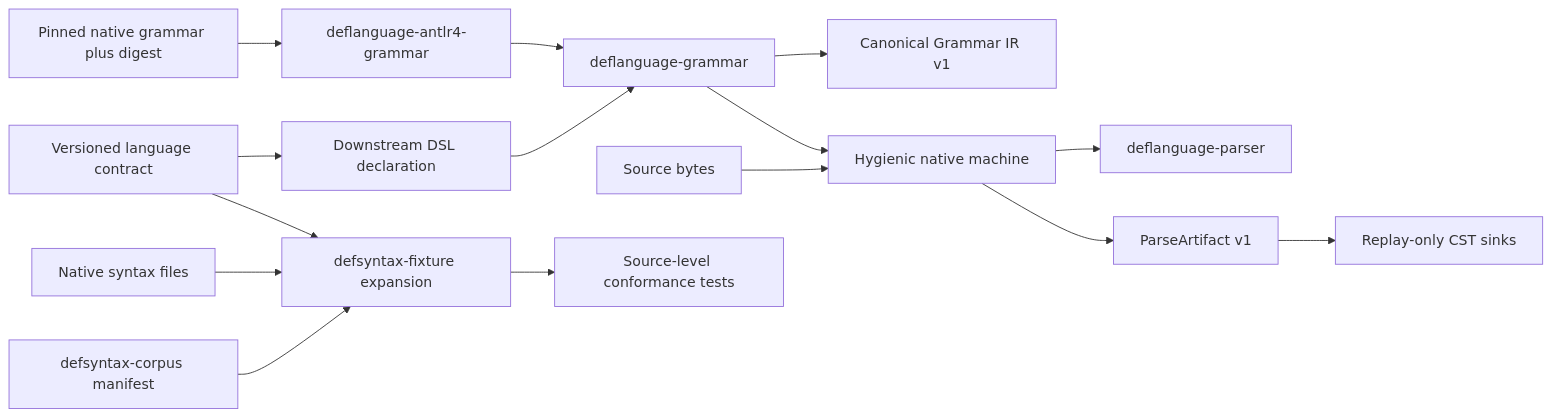
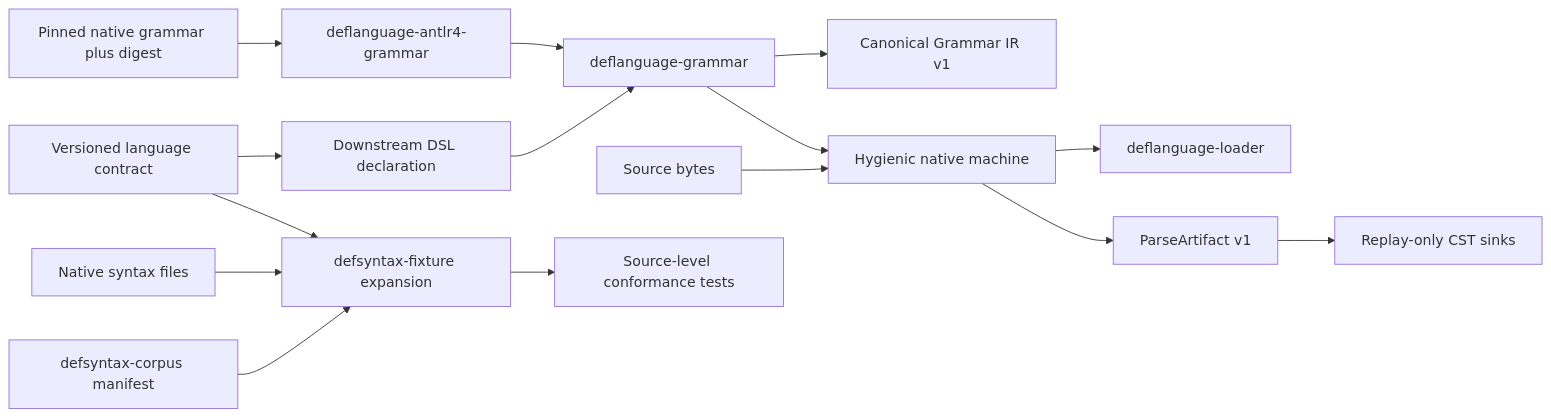
The diagram in docs/architecture/0004-versioned-language-contracts.org (tao3k/gerbil-parser), drawn with Mermaid before and after one commit. The commit also changed other lines of this file and 22 other files, not shown here.

```diff
--- a/docs/architecture/0004-versioned-language-contracts.org
+++ b/docs/architecture/0004-versioned-language-contracts.org
@@ -20,17 +20,17 @@
 #+begin_src mermaid
 flowchart LR
   D[Downstream DSL declaration] --> C[deflanguage-grammar]
   NATIVE[Pinned native grammar plus digest] --> CA[deflanguage-antlr4-grammar]
   CA --> C
   C --> N[Canonical Grammar IR v1]
   C --> M[Hygienic native machine]
-  M --> E[deflanguage-parser]
+  M --> E[deflanguage-loader]
   S[Source bytes] --> M
   M --> A[ParseArtifact v1]
   A --> R[Replay-only CST sinks]
   V[Versioned language contract] --> D
   F[Native syntax files] --> X[defsyntax-fixture expansion]
   C1[defsyntax-corpus manifest] --> X
   X --> T[Source-level conformance tests]
   V --> X
 #+end_src
```
